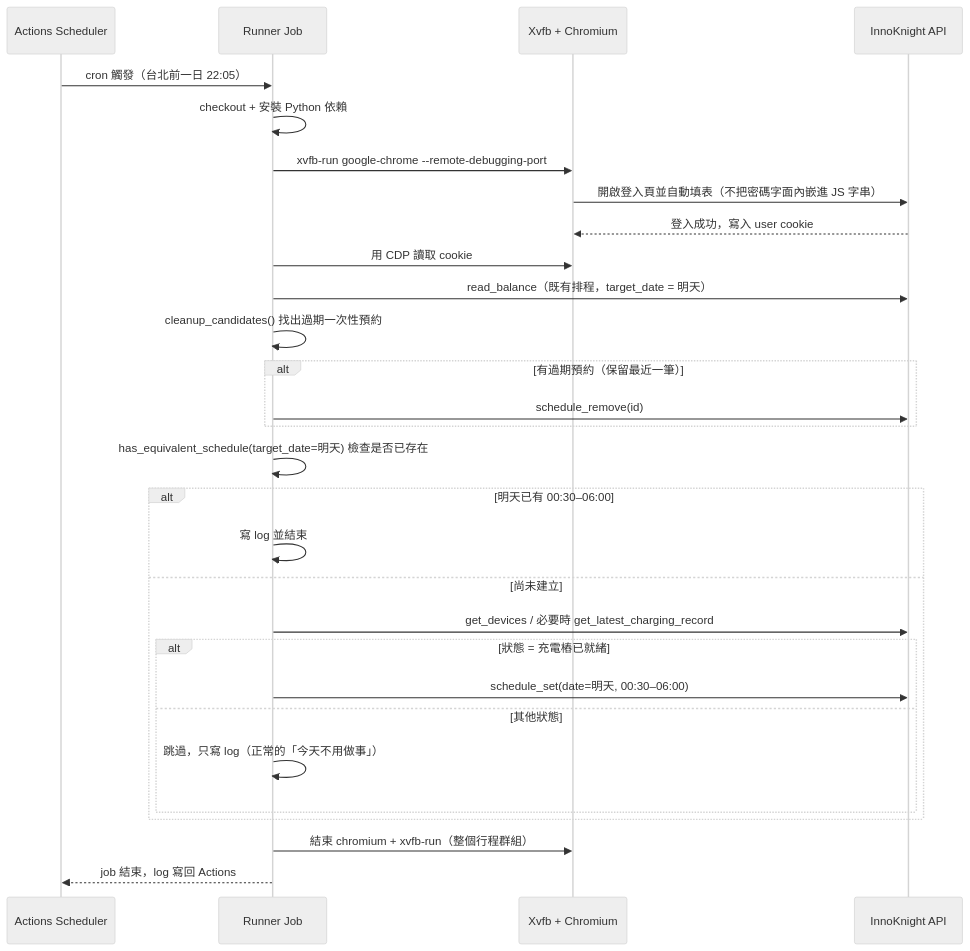
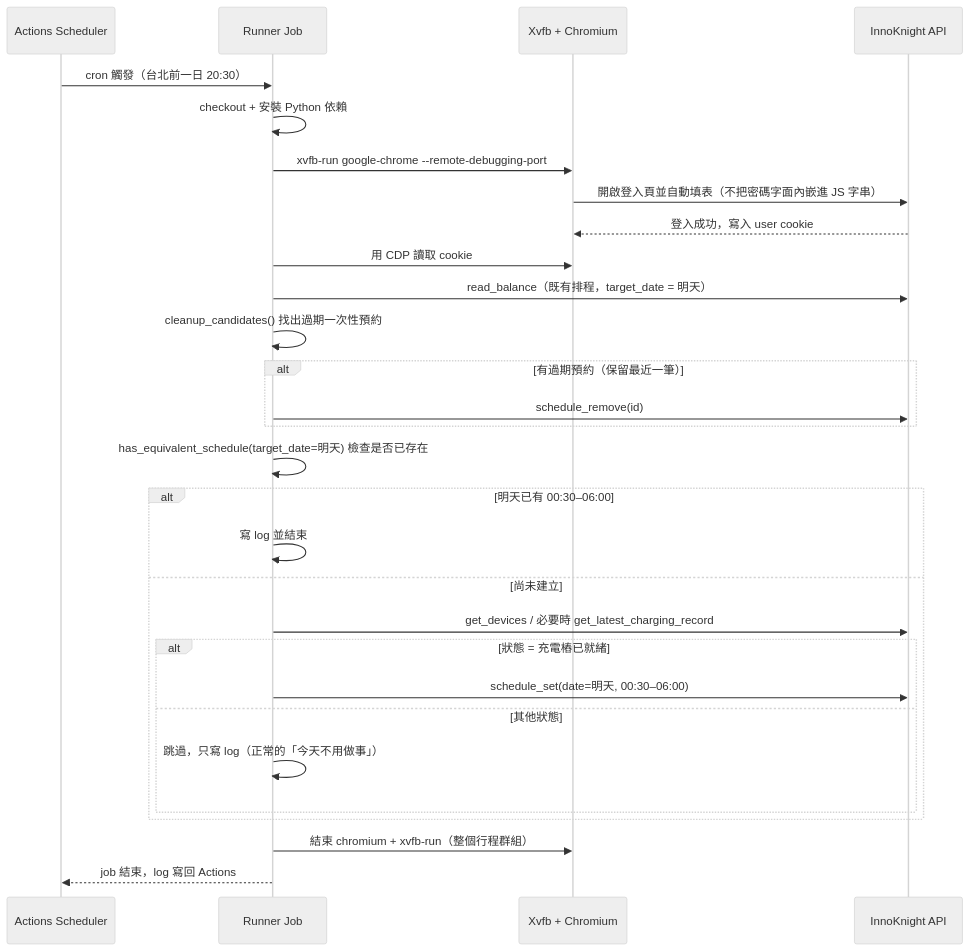
The second of 3 diagrams in docs/design.md (swchen44/innoknight-charging-person), drawn with Mermaid (neutral theme) before and after one commit. The commit also changed other lines of this file and 4 other files, not shown here.

````diff
--- a/docs/design.md
+++ b/docs/design.md
@@ -70,32 +70,32 @@
 ```mermaid
 sequenceDiagram
     participant CR as Actions Scheduler
     participant JOB as Runner Job
     participant XC as Xvfb + Chromium
     participant IK as InnoKnight API
 
-    CR->>JOB: cron 觸發（台北前一日 22:05）
+    CR->>JOB: cron 觸發（台北前一日 20:30）
     JOB->>JOB: checkout + 安裝 Python 依賴
     JOB->>XC: xvfb-run google-chrome --remote-debugging-port
     XC->>IK: 開啟登入頁並自動填表（不把密碼字面內嵌進 JS 字串）
     IK-->>XC: 登入成功，寫入 user cookie
     JOB->>XC: 用 CDP 讀取 cookie
     JOB->>IK: read_balance（既有排程，target_date = 明天）
     JOB->>JOB: cleanup_candidates() 找出過期一次性預約
     alt 有過期預約（保留最近一筆）
         JOB->>IK: schedule_remove(id)
     end
     JOB->>JOB: has_equivalent_schedule(target_date=明天) 檢查是否已存在
     alt 明天已有 00:30–06:00
         JOB->>JOB: 寫 log 並結束
     else 尚未建立
         JOB->>IK: get_devices / 必要時 get_latest_charging_record
         alt 狀態 = 充電樁已就緒
             JOB->>IK: schedule_set(date=明天, 00:30–06:00)
         else 其他狀態
             JOB->>JOB: 跳過，只寫 log（正常的「今天不用做事」）
         end
     end
     JOB->>XC: 結束 chromium + xvfb-run（整個行程群組）
     JOB-->>CR: job 結束，log 寫回 Actions
 ```
````
